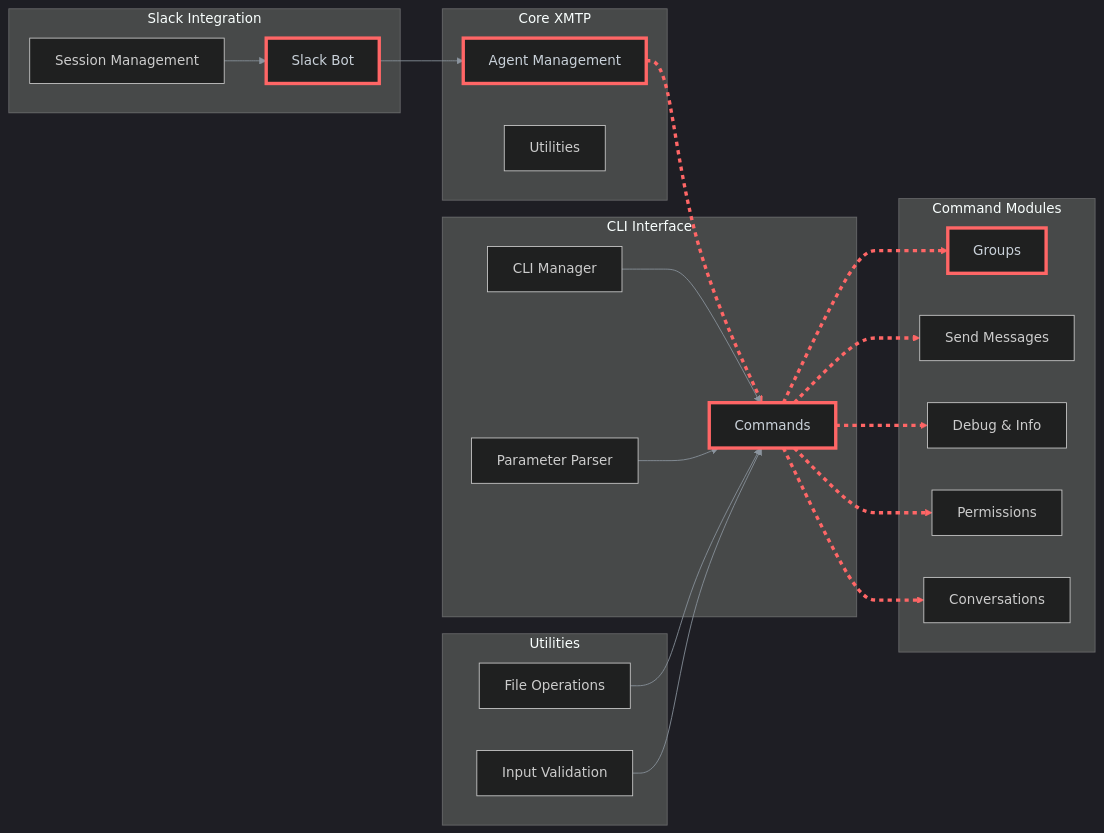
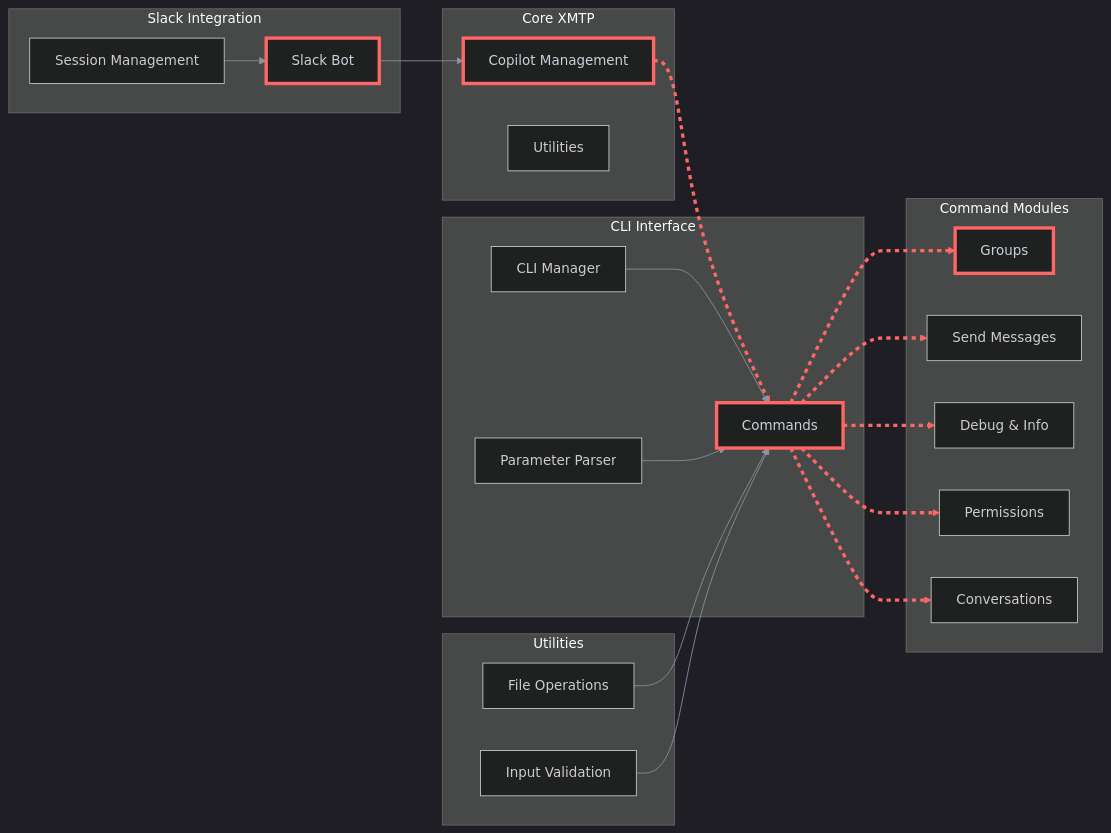
The diagram in README.md (ephemeraHQ/xmtp-copilot), drawn with Mermaid before and after one commit. The commit also changed other lines of this file and 5 other files, not shown here.

````diff
--- a/README.md
+++ b/README.md
@@ -9,55 +9,55 @@
 ```mermaid
 %%{init: {'theme': 'dark', 'themeVariables': { 'primaryColor': '#0D1117', 'primaryTextColor': '#c9d1d9', 'primaryBorderColor': '#30363d', 'lineColor': '#8b949e', 'secondaryColor': '#161b22', 'tertiaryColor': '#161b22' }}}%%
 
 flowchart LR
   %% Core components
   subgraph Core["Core XMTP"]
-    agent["Agent Management"]
+    agent["Copilot Management"]
     utils["Utilities"]
   end
 
   subgraph CLI["CLI Interface"]
     commands["Commands"]
     manager["CLI Manager"]
     params["Parameter Parser"]
   end
 
   subgraph Slack["Slack Integration"]
     bot["Slack Bot"]
     sessions["Session Management"]
   end
 
   subgraph Commands["Command Modules"]
     groups["Groups"]
     send["Send Messages"]
     debug["Debug & Info"]
     permissions["Permissions"]
     conversations["Conversations"]
   end
 
   subgraph Utils["Utilities"]
     files["File Operations"]
     validation["Input Validation"]
   end
 
   %% Connections
   agent --> commands
   commands --> groups
   commands --> send
   commands --> debug
   commands --> permissions
   commands --> conversations
 
   manager --> commands
   params --> commands
 
   bot --> agent
   sessions --> bot
 
   files --> commands
   validation --> commands
 
   linkStyle 0,1,2,3,4,5 stroke:#f66,stroke-width:4px,stroke-dasharray: 5,5;
   classDef highlightStroke stroke:#f66,color:#c9d1d9,stroke-width:4px;
   class agent,commands,bot,groups highlightStroke;
 ```
````
